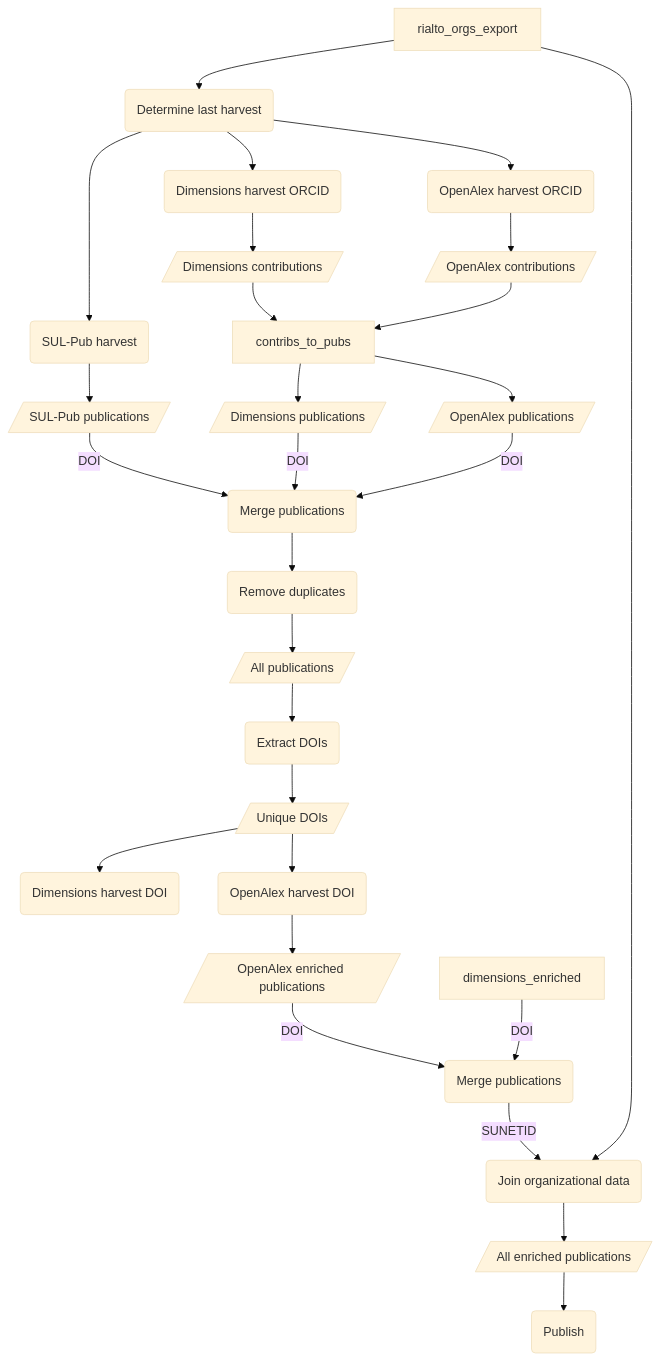
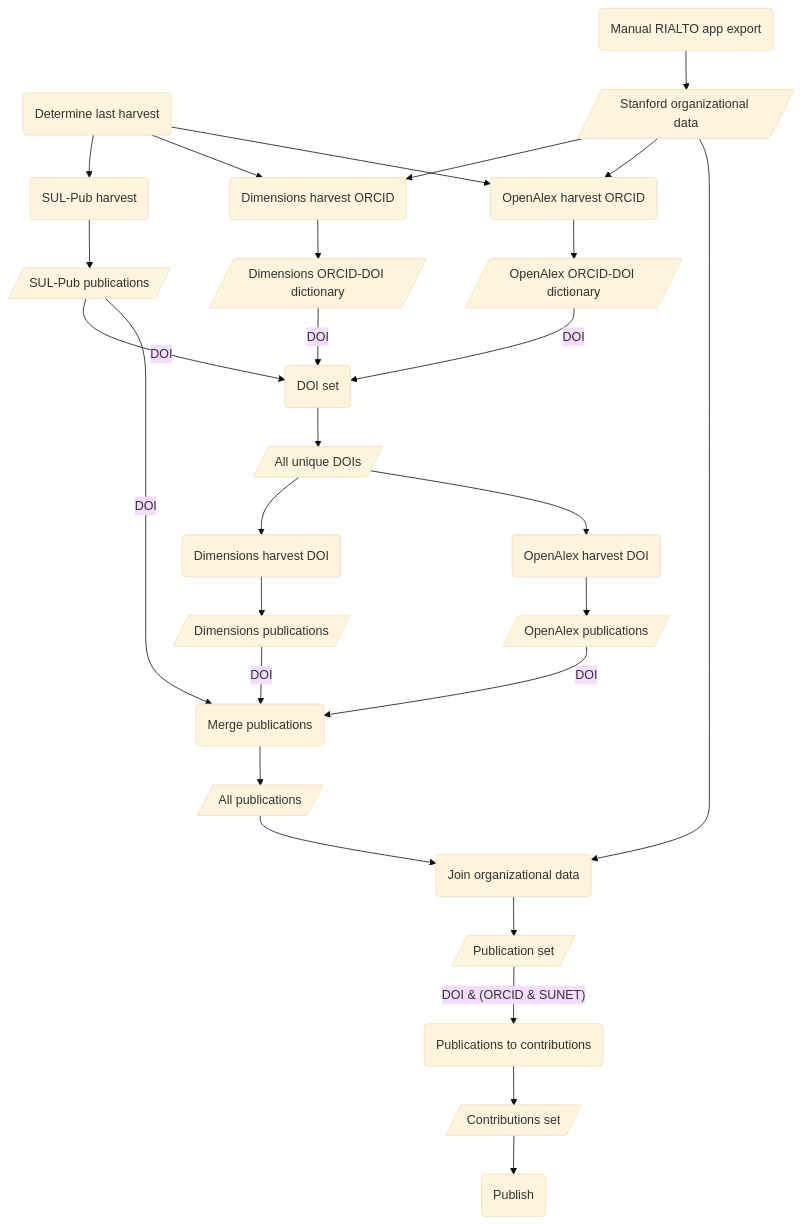
One commit to sul-dlss-labs/rialto-airflow changed the diagram in README.md. Above: the diagram before and after it, drawn with Mermaid (base theme).

Commit message:
update diagram

````diff
--- a/README.md
+++ b/README.md
@@ -7,30 +7,30 @@
 ```mermaid
 flowchart TD
   last_harvest(Determine last harvest) --> sul_pub_harvest(SUL-Pub harvest)
   sul_pub_harvest --> sul_pub_pubs[/SUL-Pub publications/]
-  rialto_orgs_export --> last_harvest
+  rialto_orgs_export(Manual RIALTO app export) --> org_data[/Stanford organizational data/]
   last_harvest --> dimensions_harvest_orcid(Dimensions harvest ORCID)
   last_harvest --> openalex_harvest_orcid(OpenAlex harvest ORCID)
-  dimensions_harvest_orcid --> dimensions_contribs[/Dimensions contributions/]
-  openalex_harvest_orcid --> openalex_contribs[/OpenAlex contributions/]
-  dimensions_contribs --> contribs_to_pubs
-  openalex_contribs --> contribs_to_pubs
-  contribs_to_pubs --> dimensions_pubs[/Dimensions publications/]
-  contribs_to_pubs --> openalex_pubs[/OpenAlex publications/]
-  dimensions_pubs -- DOI --> merge_pubs(Merge publications)
-  openalex_pubs -- DOI --> merge_pubs(Merge publications)
-  sul_pub_pubs -- DOI --> merge_pubs(Merge publications)
-  merge_pubs --> drop_duplicates(Remove duplicates)
-  drop_duplicates --> all_pubs[/All publications/]
-  all_pubs --> extract_dois(Extract DOIs)
-  extract_dois --> dois[/Unique DOIs/]
+  org_data --> dimensions_harvest_orcid
+  org_data --> openalex_harvest_orcid
+  dimensions_harvest_orcid --> dimensions_orcid_doi_dict[/Dimensions ORCID-DOI dictionary/]
+  openalex_harvest_orcid --> openalex_orcid_doi_dict[/OpenAlex ORCID-DOI dictionary/]
+  dimensions_orcid_doi_dict -- DOI --> doi_set(DOI set)
+  openalex_orcid_doi_dict -- DOI --> doi_set(DOI set)
+  sul_pub_pubs -- DOI --> doi_set(DOI set)
+  doi_set --> dois[/All unique DOIs/]
   dois --> dimensions_enrich(Dimensions harvest DOI)
   dois --> openalex_enrich(OpenAlex harvest DOI)
-  openalex_enrich --> openalex_enriched[/OpenAlex enriched publications/]
-  dimensions_enriched -- DOI --> merge_pubs_two(Merge publications)
-  openalex_enriched -- DOI --> merge_pubs_two(Merge publications)
-  rialto_orgs_export --> join_org_data
-  merge_pubs_two -- SUNETID --> join_org_data(Join organizational data)
-  join_org_data --> all_enriched_publications[/All enriched publications/]
-  all_enriched_publications --> publish(Publish)
+  dimensions_enrich --> dimensions_enriched[/Dimensions publications/]
+  openalex_enrich --> openalex_enriched[/OpenAlex publications/]
+  dimensions_enriched -- DOI --> merge_pubs(Merge publications)
+  openalex_enriched -- DOI --> merge_pubs
+  sul_pub_pubs -- DOI --> merge_pubs
+  merge_pubs --> all_enriched_publications[/All publications/]
+  all_enriched_publications --> join_org_data(Join organizational data)
+  org_data --> join_org_data
+  join_org_data --> publication_set[/Publication set/]
+  publication_set -- DOI & (ORCID & SUNET) --> contributions(Publications to contributions)
+  contributions --> contributions_set[/Contributions set/]
+  contributions_set --> publish(Publish)
 ```
````
